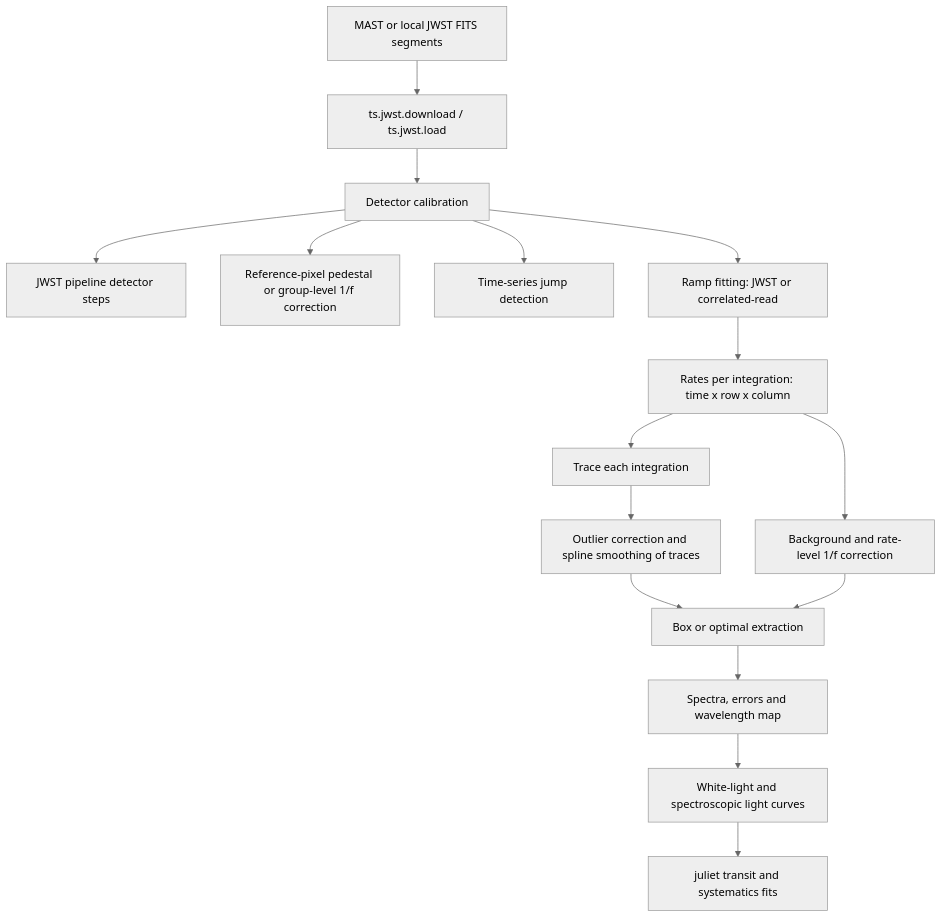
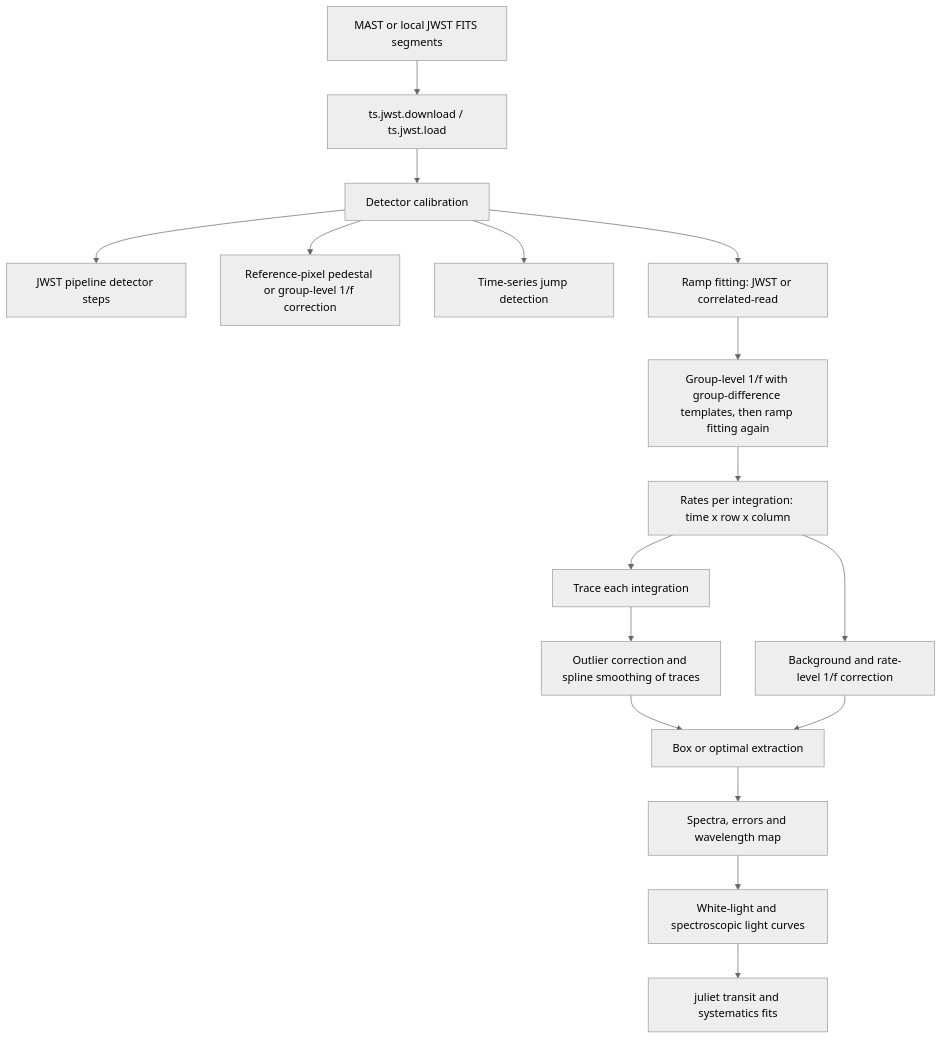
One commit to nespinoza/transitspectroscopy changed the diagram in docs/concepts.md. Above: the diagram before and after it, drawn with Mermaid (neutral theme). The commit also changed 8 other files, not shown here.

Commit message:
Docs, changelog and validation scripts for the group-difference 1/f default

````diff
--- a/docs/concepts.md
+++ b/docs/concepts.md
@@ -5,18 +5,19 @@
 ```mermaid
 flowchart TD
     A[MAST or local JWST FITS segments] --> B[ts.jwst.download / ts.jwst.load]
     B --> C[Detector calibration]
     C --> C1[JWST pipeline detector steps]
     C --> C2[Reference-pixel pedestal or group-level 1/f correction]
     C --> C3[Time-series jump detection]
     C --> D[Ramp fitting: JWST or correlated-read]
-    D --> E[Rates per integration: time x row x column]
+    D --> D1[Group-level 1/f with group-difference templates, then ramp fitting again]
+    D1 --> E[Rates per integration: time x row x column]
     E --> F[Trace each integration]
     F --> G[Outlier correction and spline smoothing of traces]
     E --> H[Background and rate-level 1/f correction]
     G --> I[Box or optimal extraction]
     H --> I
     I --> J[Spectra, errors and wavelength map]
     J --> K[White-light and spectroscopic light curves]
     K --> L[juliet transit and systematics fits]
 ```
````
